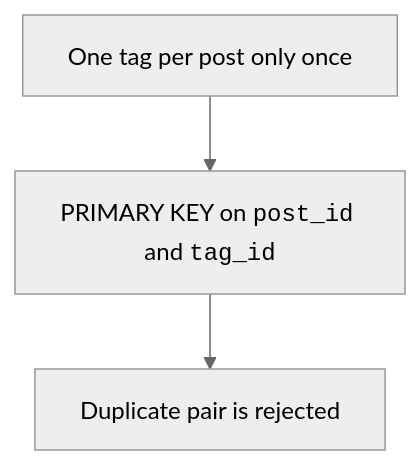
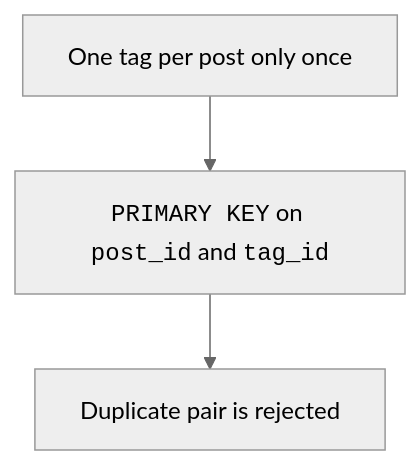
The sixth of 6 diagrams in content/courses/database-design-postgresql/case-study-blog.mdx (dataslope/dataslope), drawn with Mermaid (neutral theme) before and after one commit. The commit also changed 52 other files, not shown here.

First line of the commit message:
Set SQL keywords in mermaid labels as code, and 10 more breakdowns

````diff
--- a/content/courses/database-design-postgresql/case-study-blog.mdx
+++ b/content/courses/database-design-postgresql/case-study-blog.mdx
@@ -272,5 +272,5 @@
 ```mermaid
 flowchart TD
-    Rule["One tag per post only once"] --> Key["PRIMARY KEY on <code>post_id</code> and <code>tag_id</code>"]
+    Rule["One tag per post only once"] --> Key["<code>PRIMARY KEY</code> on <code>post_id</code> and <code>tag_id</code>"]
     Key --> Reject["Duplicate pair is rejected"]
 ```
````
